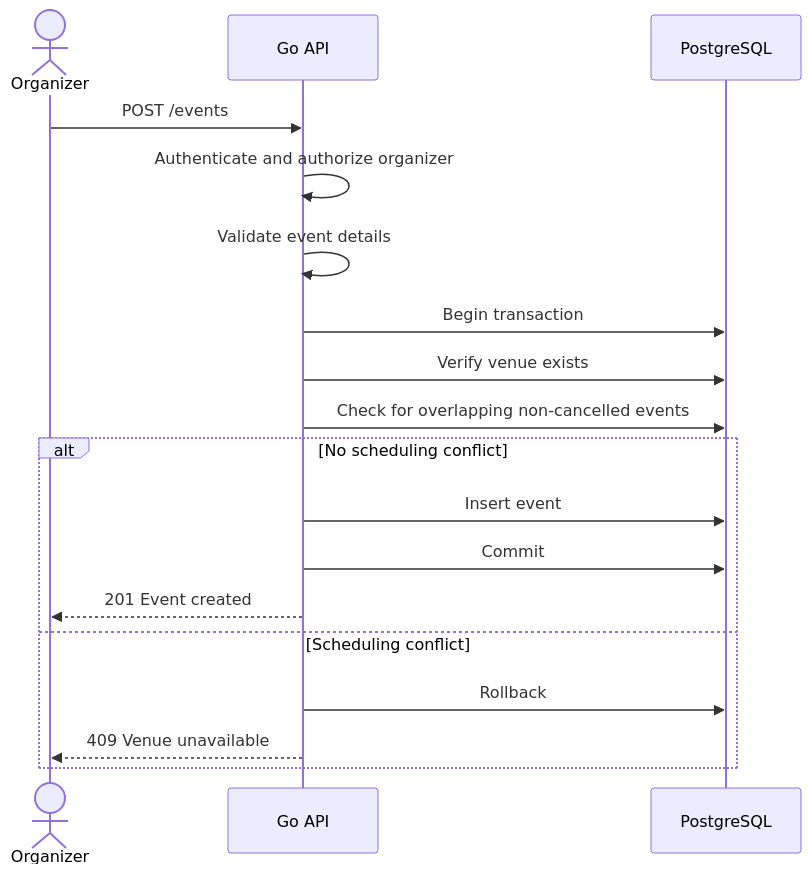
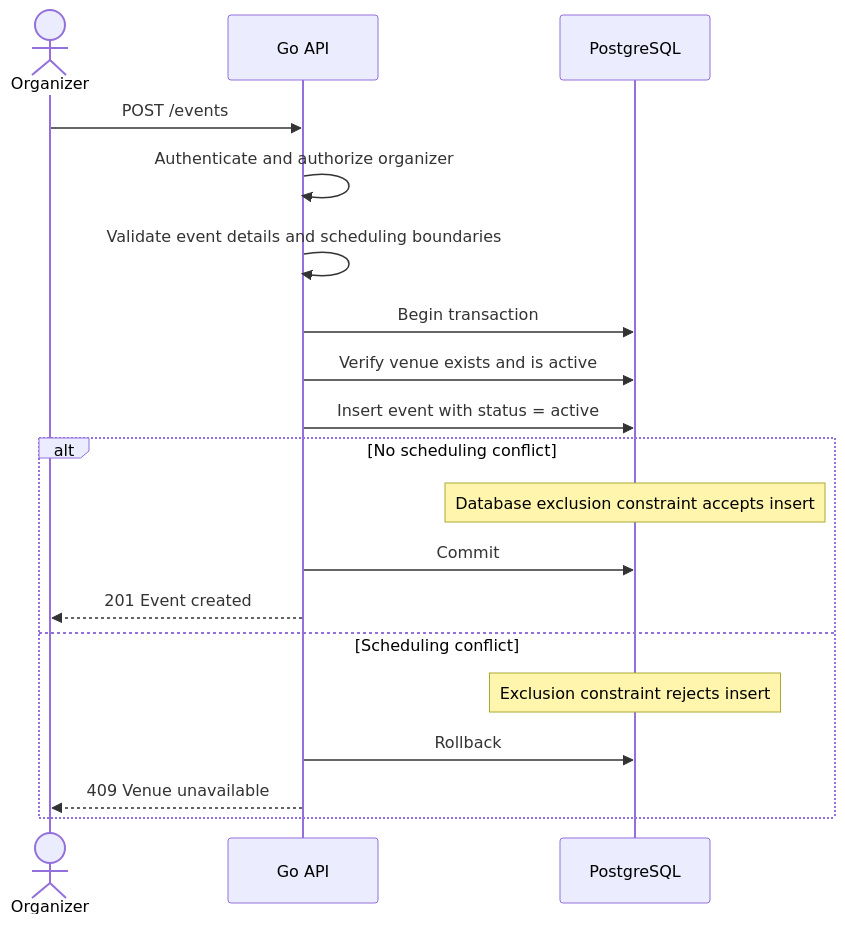
One commit to Punith1117/ticket-forge changed the first of 9 diagrams in docs/sequence-diagrams.md. Above: the diagram before and after it, drawn with Mermaid. The commit also changed other lines of this file and 14 other files, not shown here.

````diff
--- a/docs/sequence-diagrams.md
+++ b/docs/sequence-diagrams.md
@@ -7,24 +8,25 @@
 ```mermaid
 sequenceDiagram
     actor O as Organizer
     participant API as Go API
     participant DB as PostgreSQL
 
     O->>API: POST /events
     API->>API: Authenticate and authorize organizer
-    API->>API: Validate event details
+    API->>API: Validate event details and scheduling boundaries
 
     API->>DB: Begin transaction
-    API->>DB: Verify venue exists
-    API->>DB: Check for overlapping non-cancelled events
+    API->>DB: Verify venue exists and is active
+    API->>DB: Insert event with status = active
 
     alt No scheduling conflict
-        API->>DB: Insert event
+        Note over DB: Database exclusion constraint accepts insert
         API->>DB: Commit
         API-->>O: 201 Event created
 
     else Scheduling conflict
+        Note over DB: Exclusion constraint rejects insert
         API->>DB: Rollback
         API-->>O: 409 Venue unavailable
     end
 ```
````
